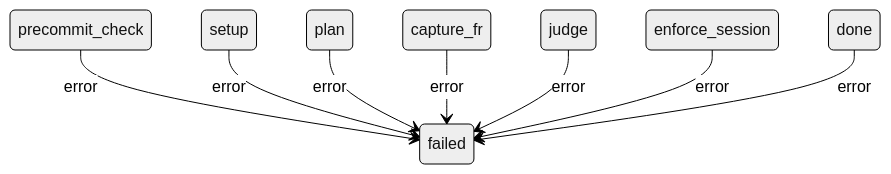
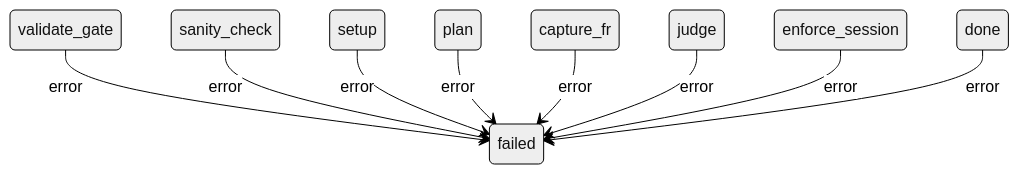
Before and after one commit to sheikkinen/yamlgraph: the second of 3 diagrams in docs/fsm-diagrams/watcher-pipeline-v2/watcher-pipeline-v2_fsm.md, drawn with Mermaid (neutral theme). The commit also changed other lines of this file and 11 other files, not shown here.

````diff
--- a/docs/fsm-diagrams/watcher-pipeline-v2/watcher-pipeline-v2_fsm.md
+++ b/docs/fsm-diagrams/watcher-pipeline-v2/watcher-pipeline-v2_fsm.md
@@ -58,19 +60,21 @@
 ```mermaid
 stateDiagram-v2
     %% Error Handling Flow
     capture_fr : capture_fr
+    sanity_check : sanity_check
+    setup : setup
+    validate_gate : validate_gate
+    done : done
+    judge : judge
+    failed : failed
     enforce_session : enforce_session
-    judge : judge
-    done : done
-    setup : setup
     plan : plan
-    failed : failed
-    precommit_check : precommit_check
-    precommit_check --> failed : error
+    validate_gate --> failed : error
+    sanity_check --> failed : error
     setup --> failed : error
     plan --> failed : error
     capture_fr --> failed : error
     judge --> failed : error
     enforce_session --> failed : error
     done --> failed : error
 ```
````
